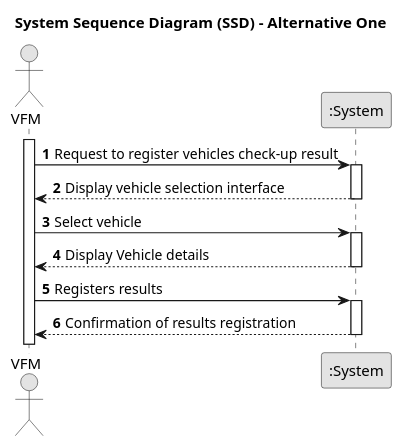
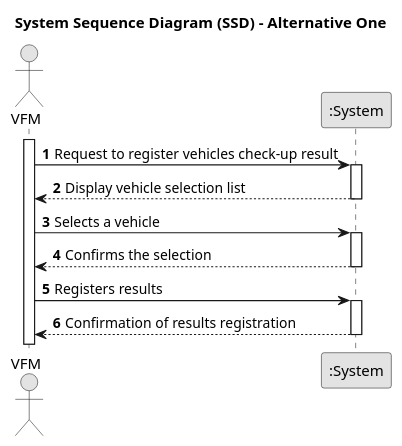
One commit to Departamento-de-Engenharia-Informatica/lei-24-s2-1df-1de-g063 changed the diagram in docs/sprintB/us007/01.requirements-engineering/puml/us007-system-sequence-diagram-alternative-one.puml. Above: the diagram before and after it, drawn with PlantUML. The commit also changed 13 other files, not shown here.

```diff
--- a/docs/sprintB/us007/01.requirements-engineering/puml/us007-system-sequence-diagram-alternative-one.puml
+++ b/docs/sprintB/us007/01.requirements-engineering/puml/us007-system-sequence-diagram-alternative-one.puml
@@ -1,33 +1,33 @@
 @startuml
 skinparam monochrome true
 skinparam packageStyle rectangle
 skinparam shadowing false
 
 title System Sequence Diagram (SSD) - Alternative One
 
 autonumber
 
 actor "VFM" as Employee
 participant ":System" as System
 
 activate Employee
 
     Employee -> System : Request to register vehicles check-up result
     activate System
 
-        System --> Employee : Display vehicle selection interface
+        System --> Employee : Display vehicle selection list
     deactivate System
 
-    Employee -> System : Select vehicle
-    activate System
+    Employee -> System : Selects a vehicle
+     activate System
 
-        System --> Employee : Display Vehicle details
-    deactivate System
+            System --> Employee :Confirms the selection
+        deactivate System
 
     Employee -> System : Registers results
     activate System
 
         System --> Employee :  Confirmation of results registration
     deactivate System
 
 @enduml
```
